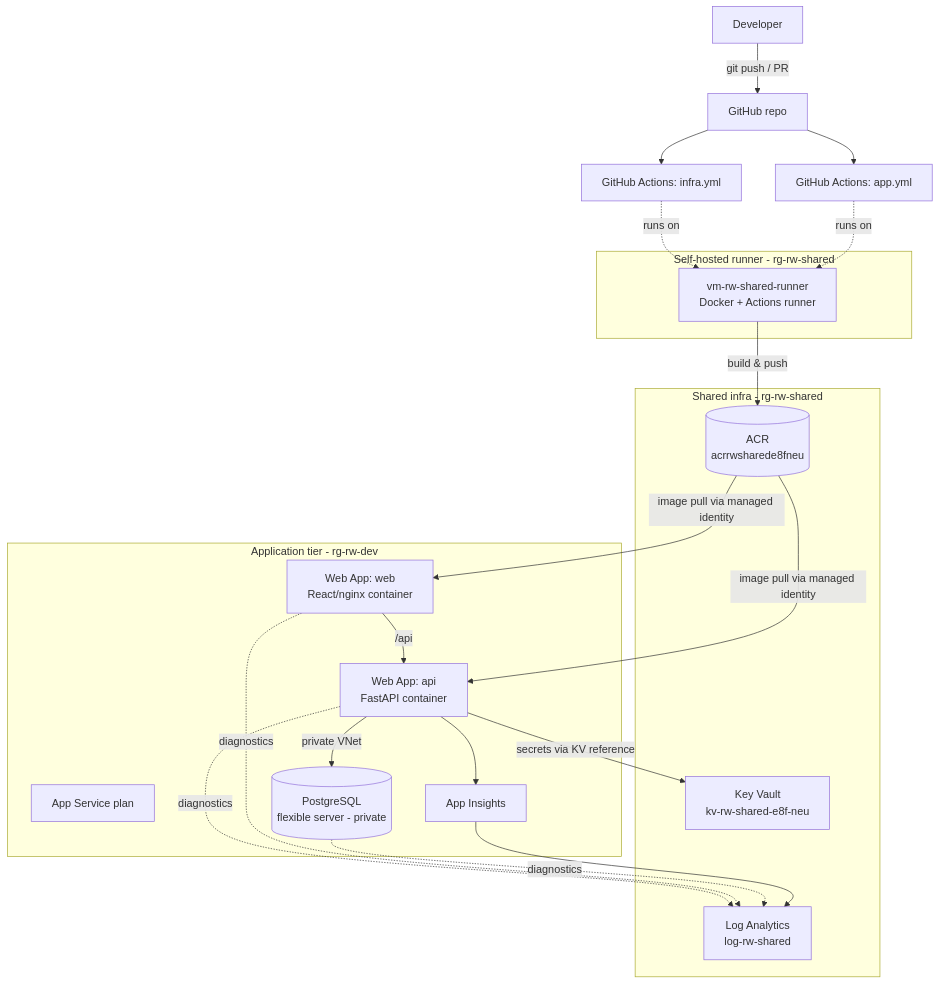
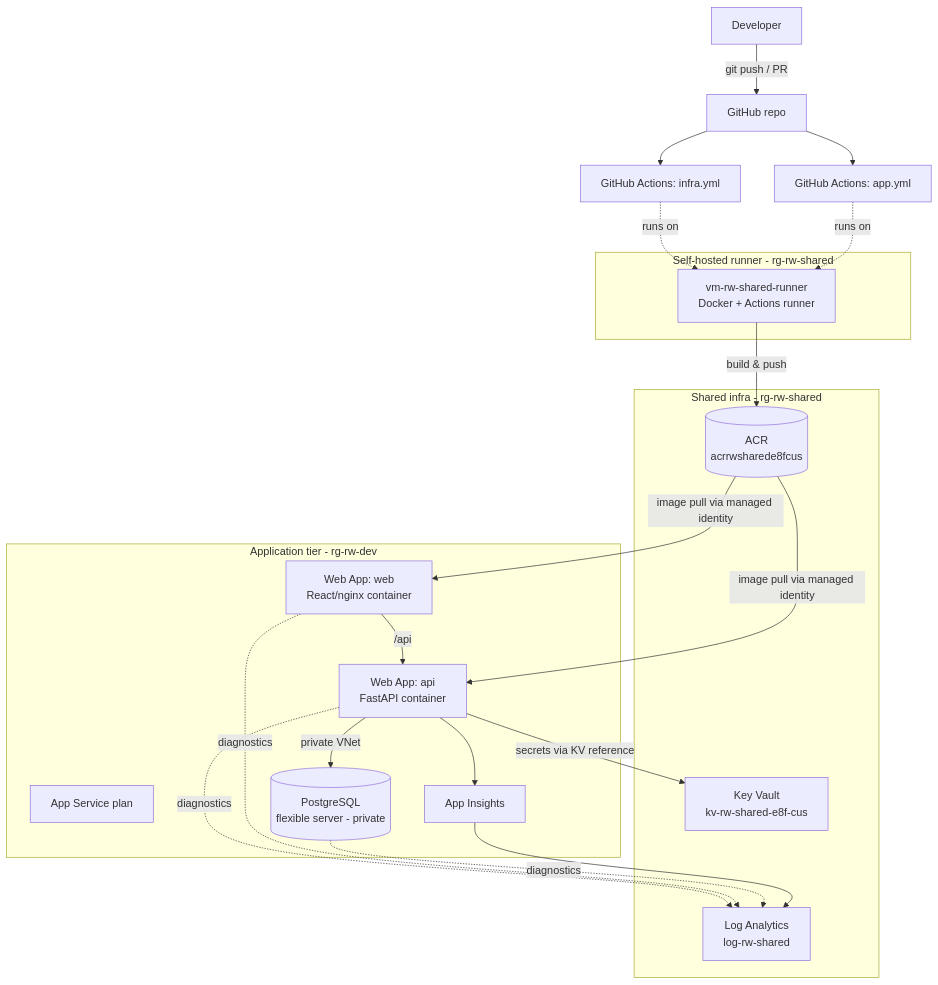
One commit to mabbasi001/azure-cd-platform changed the first of 4 diagrams in docs/architecture/architecture.md. Above: the diagram before and after it, drawn with Mermaid. The commit also changed 19 other files, not shown here.

````diff
--- a/docs/architecture/architecture.md
+++ b/docs/architecture/architecture.md
@@ -10,38 +10,38 @@
 ```mermaid
 flowchart TB
   dev[Developer] -->|git push / PR| gh[GitHub repo]
   gh --> ghaInfra[GitHub Actions: infra.yml]
   gh --> ghaApp[GitHub Actions: app.yml]
 
   subgraph Runner[Self-hosted runner - rg-rw-shared]
     vm[vm-rw-shared-runner<br/>Docker + Actions runner]
   end
   ghaInfra -. runs on .-> vm
   ghaApp -. runs on .-> vm
 
   subgraph Shared[Shared infra - rg-rw-shared]
-    acr[(ACR<br/>acrrwsharede8fneu)]
-    kv[Key Vault<br/>kv-rw-shared-e8f-neu]
+    acr[(ACR<br/>acrrwsharede8fcus)]
+    kv[Key Vault<br/>kv-rw-shared-e8f-cus]
     law[Log Analytics<br/>log-rw-shared]
   end
 
   subgraph App[Application tier - rg-rw-dev]
     plan[App Service plan]
     api[Web App: api<br/>FastAPI container]
     web[Web App: web<br/>React/nginx container]
     pg[(PostgreSQL<br/>flexible server - private)]
     appi[App Insights]
   end
 
   vm -->|build & push| acr
   acr -->|image pull via managed identity| api
   acr -->|image pull via managed identity| web
   web -->|/api| api
   api -->|private VNet| pg
   api -->|secrets via KV reference| kv
   api --> appi
   api -. diagnostics .-> law
   web -. diagnostics .-> law
   pg -. diagnostics .-> law
   appi --> law
 ```
````
